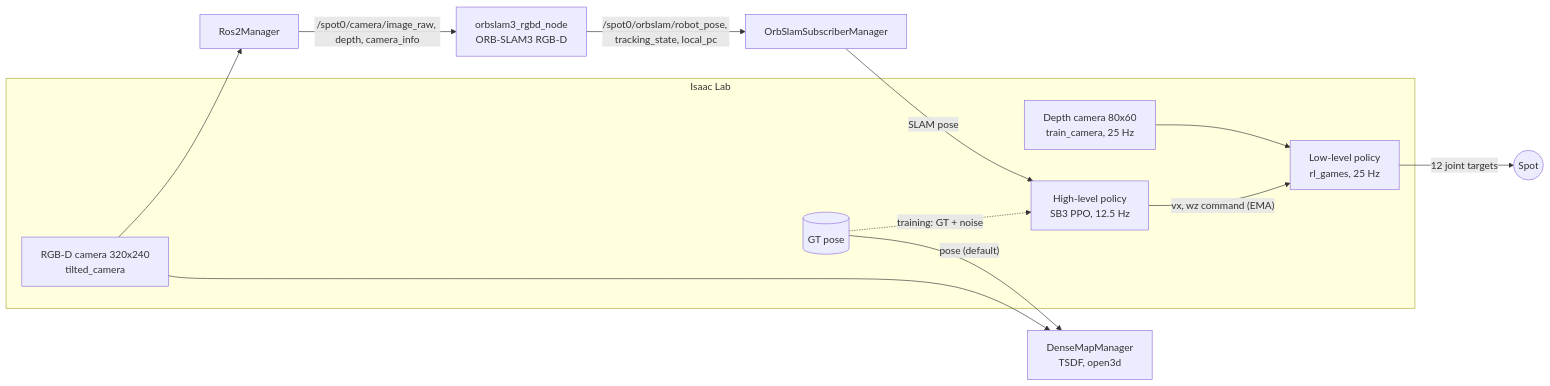
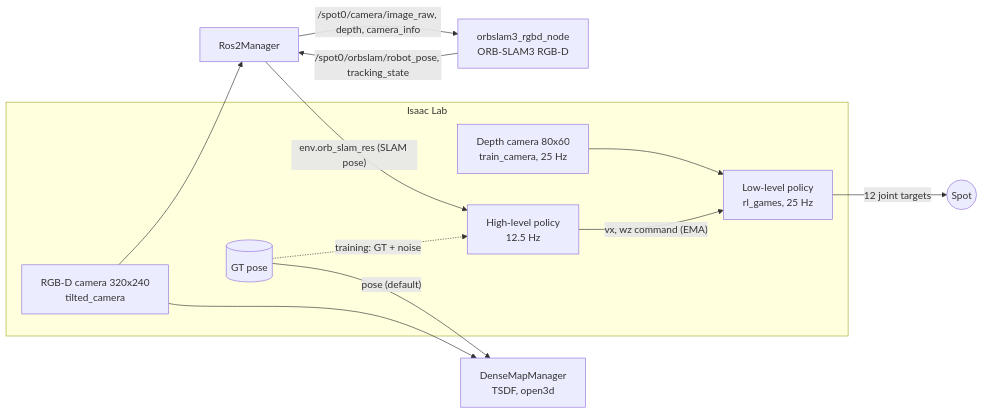
The diagram in docs/SYSTEM.md (8qbal/slam_project), drawn with Mermaid before and after one commit. The commit also changed other lines of this file and 97 other files, not shown here.

First line of the commit message:
Restructure spot_vslam into Isaac Lab task layout; add manager-based navigation task

````diff
--- a/docs/SYSTEM.md
+++ b/docs/SYSTEM.md
@@ -5,24 +6,23 @@
 ```mermaid
 flowchart LR
     subgraph Isaac Lab
         DC[Depth camera 80x60<br/>train_camera, 25 Hz]
         RC[RGB-D camera 320x240<br/>tilted_camera]
         LL[Low-level policy<br/>rl_games, 25 Hz]
-        HL[High-level policy<br/>SB3 PPO, 12.5 Hz]
+        HL[High-level policy<br/>12.5 Hz]
         GT[(GT pose)]
     end
     R2[Ros2Manager]
     ORB[orbslam3_rgbd_node<br/>ORB-SLAM3 RGB-D]
-    SUB[OrbSlamSubscriberManager]
     TSDF[DenseMapManager<br/>TSDF, open3d]
 
     RC --> R2 -- "/spot0/camera/image_raw, depth, camera_info" --> ORB
-    ORB -- "/spot0/orbslam/robot_pose, tracking_state, local_pc" --> SUB
-    SUB -- "SLAM pose" --> HL
+    ORB -- "/spot0/orbslam/robot_pose, tracking_state" --> R2
+    R2 -- "env.orb_slam_res (SLAM pose)" --> HL
     GT -. "training: GT + noise" .-> HL
     HL -- "vx, wz command (EMA)" --> LL
     DC --> LL
     LL -- "12 joint targets" --> Robot((Spot))
     RC --> TSDF
     GT -- "pose (default)" --> TSDF
 ```
````
